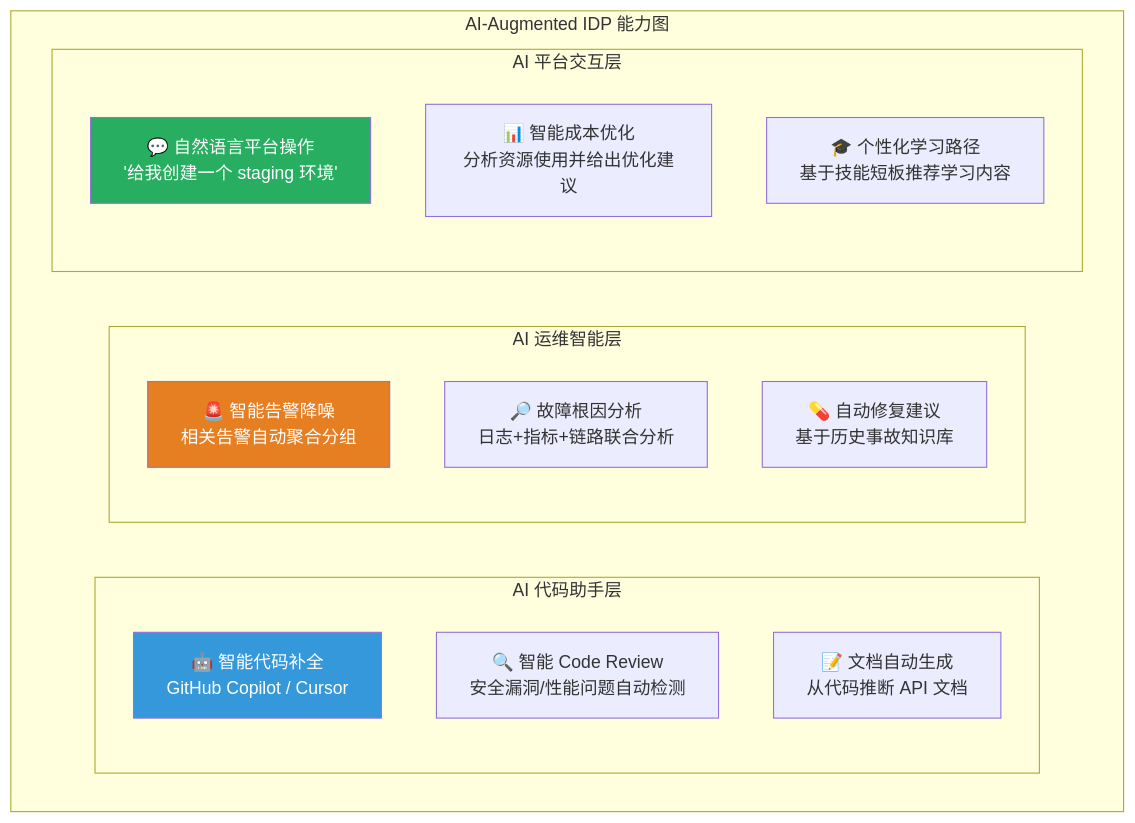
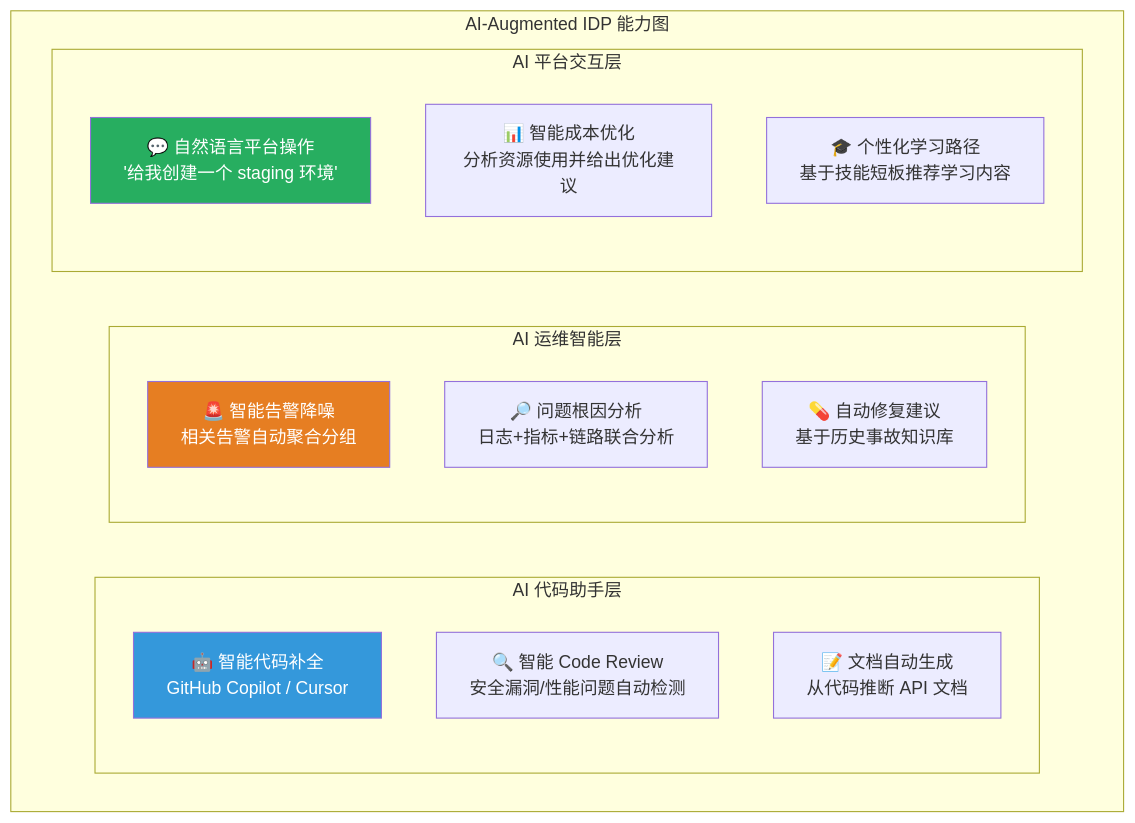
One commit to kudig-io/kudig-database changed the tenth of 11 diagrams in domain-19-landscape-references/02-papers/21-kubernetes-platform-engineering-internal-developer-platform.md. Above: the diagram before and after it, drawn with Mermaid. The commit also changed other lines of this file and 1236 other files, not shown here.

````diff
--- a/domain-19-landscape-references/02-papers/21-kubernetes-platform-engineering-internal-developer-platform.md
+++ b/domain-19-landscape-references/02-papers/21-kubernetes-platform-engineering-internal-developer-platform.md
@@ -2030,26 +2030,26 @@
 ```mermaid
 graph TB
     subgraph "AI-Augmented IDP 能力图"
         subgraph "AI 代码助手层"
             AC1["🤖 智能代码补全\nGitHub Copilot / Cursor"]
             AC2["🔍 智能 Code Review\n安全漏洞/性能问题自动检测"]
             AC3["📝 文档自动生成\n从代码推断 API 文档"]
         end
 
         subgraph "AI 运维智能层"
             AO1["🚨 智能告警降噪\n相关告警自动聚合分组"]
-            AO2["🔎 故障根因分析\n日志+指标+链路联合分析"]
+            AO2["🔎 问题根因分析\n日志+指标+链路联合分析"]
             AO3["💊 自动修复建议\n基于历史事故知识库"]
         end
 
         subgraph "AI 平台交互层"
             AP1["💬 自然语言平台操作\n'给我创建一个 staging 环境'"]
             AP2["📊 智能成本优化\n分析资源使用并给出优化建议"]
             AP3["🎓 个性化学习路径\n基于技能短板推荐学习内容"]
         end
     end
 
     style AC1 fill:#3498DB,color:#fff
     style AO1 fill:#E67E22,color:#fff
     style AP1 fill:#27AE60,color:#fff
 ```
````
